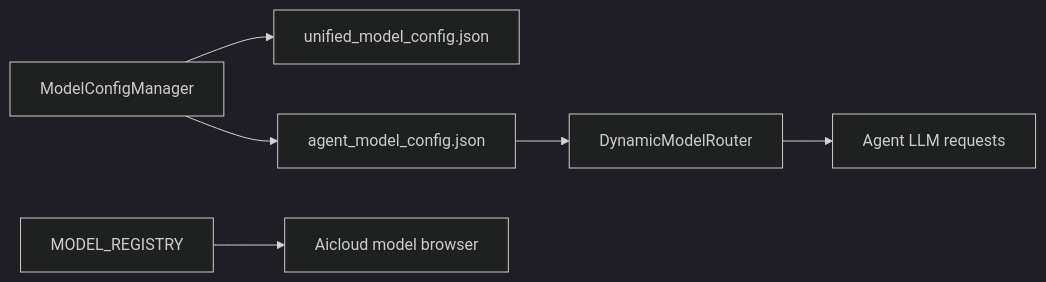
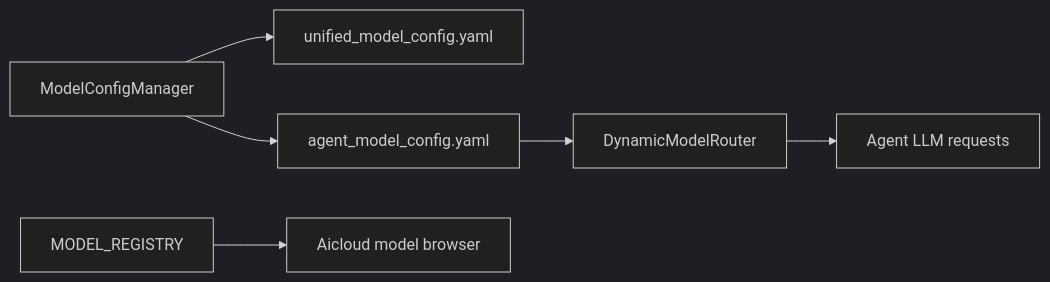
One commit to sheep-no/codingmatrix changed the diagram in .monkeycode/specs/2026-08-29-structured-model-config/design.md. Above: the diagram before and after it, drawn with Mermaid (dark theme). The commit also changed other lines of this file and 22 other files, not shown here.

Commit message:
refactor(config): migrate model settings to yaml

````diff
--- a/.monkeycode/specs/2026-08-29-structured-model-config/design.md
+++ b/.monkeycode/specs/2026-08-29-structured-model-config/design.md
@@ -12,8 +12,8 @@
 ```mermaid
 graph LR
-    A[ModelConfigManager] --> B[unified_model_config.json]
-    A --> C[agent_model_config.json]
+    A[ModelConfigManager] --> B[unified_model_config.yaml]
+    A --> C[agent_model_config.yaml]
     C --> D[DynamicModelRouter]
     D --> E[Agent LLM requests]
     F[MODEL_REGISTRY] --> G[Aicloud model browser]
 ```
````
